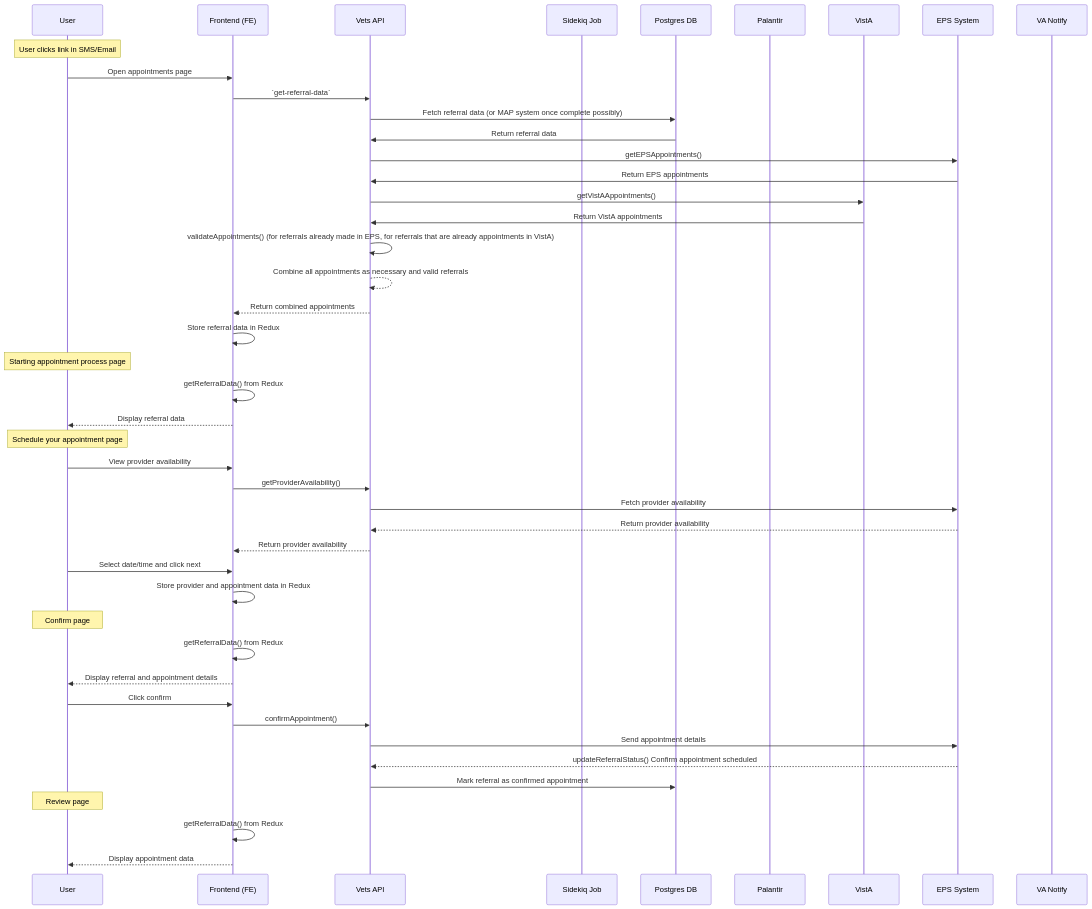
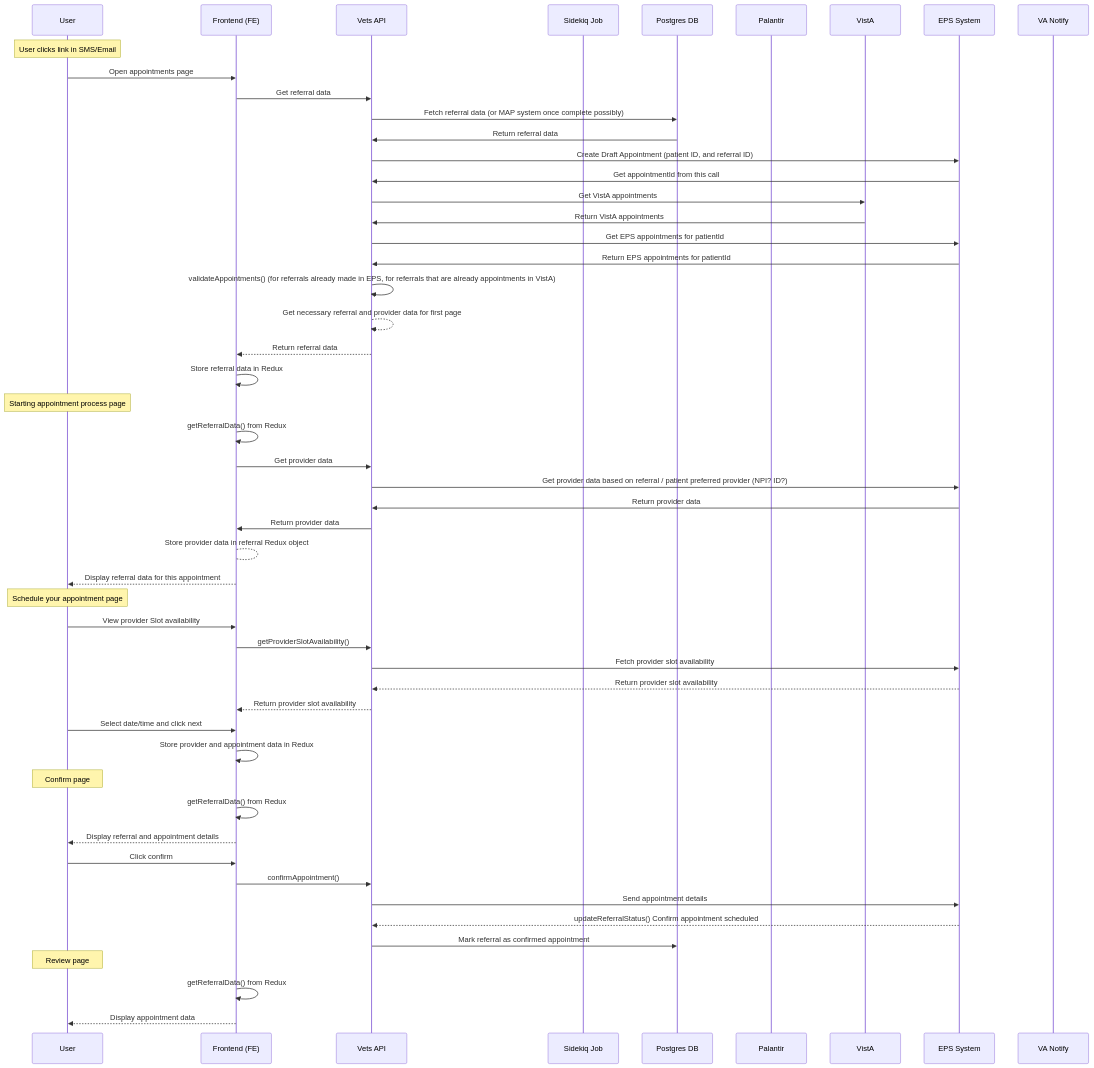
Before and after one commit to department-of-veterans-affairs/va.gov-team: the fourth of 4 diagrams in products/health-care/appointments/va-online-scheduling/engineering/architecture/community-care-technical-documentation.md, drawn with Mermaid.

````diff
--- a/products/health-care/appointments/va-online-scheduling/engineering/architecture/community-care-technical-documentation.md
+++ b/products/health-care/appointments/va-online-scheduling/engineering/architecture/community-care-technical-documentation.md
@@ -131,53 +131,60 @@
 ```mermaid
 sequenceDiagram
     participant User
     participant Frontend as Frontend (FE)
     participant VetsAPI as Vets API
     participant Sidekiq as Sidekiq Job
     participant Postgres as Postgres DB
     participant Palantir as Palantir
     participant VistA as VistA
     participant EPS as EPS System
     participant VA as VA Notify
 
     Note over User: User clicks link in SMS/Email
     User->>Frontend: Open appointments page
-    Frontend->>VetsAPI: `get-referral-data`
+    Frontend->>VetsAPI: Get referral data
     VetsAPI->>Postgres: Fetch referral data (or MAP system once complete possibly)
     Postgres->>VetsAPI: Return referral data
-    VetsAPI->>EPS: getEPSAppointments() 
-    EPS->>VetsAPI: Return EPS appointments
-    VetsAPI->>VistA: getVistAAppointments() 
+    VetsAPI->>EPS: Create Draft Appointment (patient ID, and referral ID)
+    EPS->>VetsAPI: Get appointmentId from this call
+    VetsAPI->>VistA: Get VistA appointments
     VistA->>VetsAPI: Return VistA appointments
+    VetsAPI->>EPS: Get EPS appointments for patientId
+    EPS->>VetsAPI: Return EPS appointments for patientId
     VetsAPI->>VetsAPI: validateAppointments() (for referrals already made in EPS, for referrals that are already appointments in VistA)
-    VetsAPI-->>VetsAPI: Combine all appointments as necessary and valid referrals
-    VetsAPI-->>Frontend: Return combined appointments
+    VetsAPI-->>VetsAPI: Get necessary referral and provider data for first page
+    VetsAPI-->>Frontend: Return referral data
     Frontend->>Frontend: Store referral data in Redux
     
 
     Note over User: Starting appointment process page
     Frontend->>Frontend: getReferralData() from Redux
-    Frontend-->>User: Display referral data
+    Frontend->>VetsAPI: Get provider data
+    VetsAPI->>EPS: Get provider data based on referral / patient preferred provider (NPI? ID?)
+    EPS->>VetsAPI: Return provider data
+    VetsAPI->>Frontend: Return provider data
+    Frontend-->Frontend: Store provider data in referral Redux object
+    Frontend-->>User: Display referral data for this appointment
 
     Note over User: Schedule your appointment page
-    User->>Frontend: View provider availability
-    Frontend->>VetsAPI: getProviderAvailability()
-    VetsAPI->>EPS: Fetch provider availability
-    EPS-->>VetsAPI: Return provider availability
-    VetsAPI-->>Frontend: Return provider availability
+    User->>Frontend: View provider Slot availability
+    Frontend->>VetsAPI: getProviderSlotAvailability()
+    VetsAPI->>EPS: Fetch provider slot availability
+    EPS-->>VetsAPI: Return provider slot availability
+    VetsAPI-->>Frontend: Return provider slot availability
     User->>Frontend: Select date/time and click next
     Frontend->>Frontend: Store provider and appointment data in Redux
 
     Note over User: Confirm page
     Frontend->>Frontend: getReferralData() from Redux
     Frontend-->>User: Display referral and appointment details
     User->>Frontend: Click confirm
     Frontend->>VetsAPI: confirmAppointment()
     VetsAPI->>EPS: Send appointment details
     EPS-->>VetsAPI: updateReferralStatus() Confirm appointment scheduled
     VetsAPI->>Postgres: Mark referral as confirmed appointment
 
     Note over User: Review page
     Frontend->>Frontend: getReferralData() from Redux
     Frontend-->>User: Display appointment data
 ```
````
